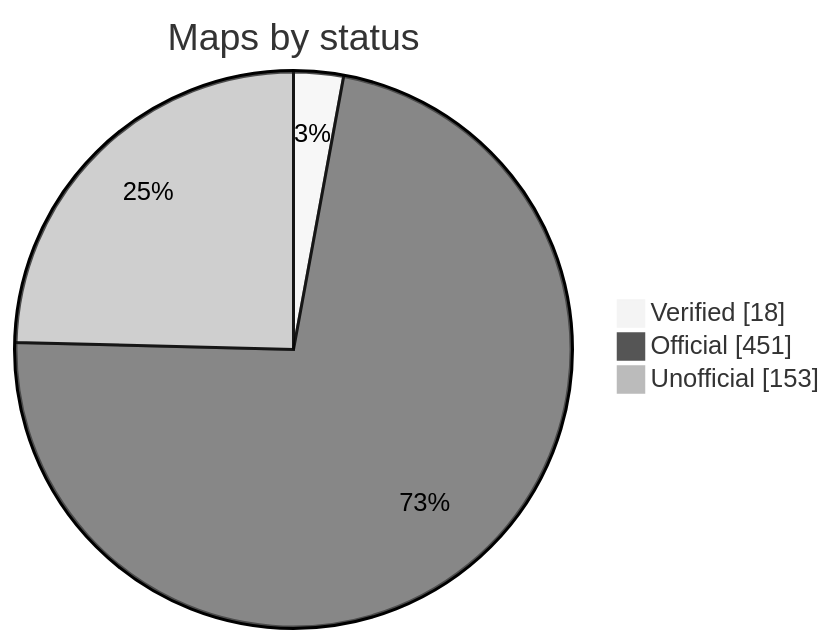
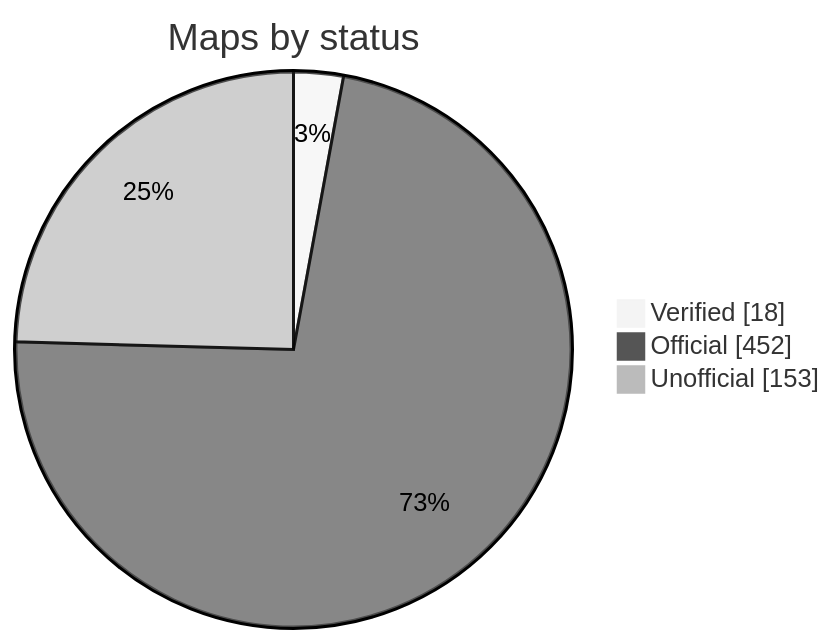
Before and after one commit to nobrega8/mbmap-library: the diagram in README.md, drawn with Mermaid (neutral theme). The commit also changed 6 other files, not shown here.

````diff
--- a/README.md
+++ b/README.md
@@ -52,7 +52,7 @@
 ```mermaid
 pie showData
     title Maps by status
     "Verified" : 18
-    "Official" : 451
+    "Official" : 452
     "Unofficial" : 153
 ```
````
